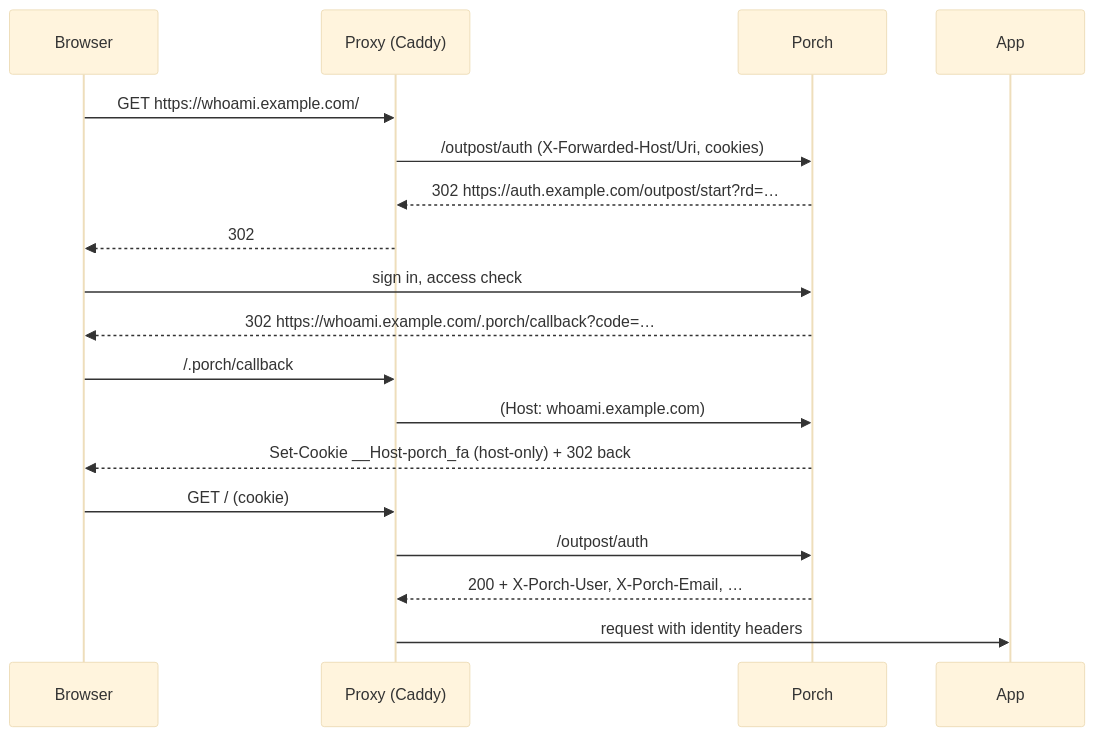
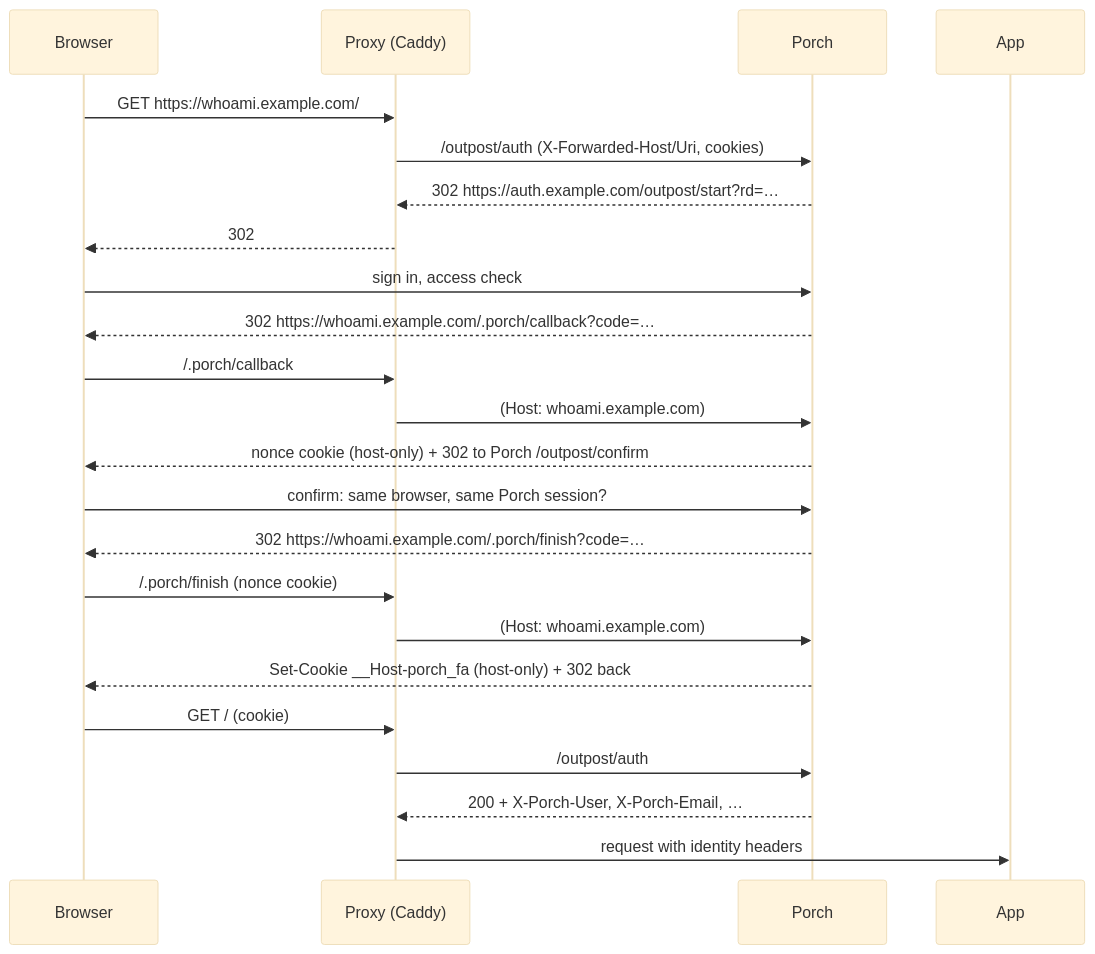
The diagram in site/operators/forward-auth.md (aurimasniekis/go-porch), drawn with Mermaid (base theme) before and after one commit. The commit also changed other lines of this file and 50 other files, not shown here.

````diff
--- a/site/operators/forward-auth.md
+++ b/site/operators/forward-auth.md
@@ -6,20 +6,25 @@
 ```mermaid
 sequenceDiagram
   participant B as Browser
   participant C as Proxy (Caddy)
   participant P as Porch
   participant W as App
   B->>C: GET https://whoami.example.com/
   C->>P: /outpost/auth (X-Forwarded-Host/Uri, cookies)
   P-->>C: 302 https://auth.example.com/outpost/start?rd=…
   C-->>B: 302
   B->>P: sign in, access check
   P-->>B: 302 https://whoami.example.com/.porch/callback?code=…
   B->>C: /.porch/callback
   C->>P: (Host: whoami.example.com)
+  P-->>B: nonce cookie (host-only) + 302 to Porch /outpost/confirm
+  B->>P: confirm: same browser, same Porch session?
+  P-->>B: 302 https://whoami.example.com/.porch/finish?code=…
+  B->>C: /.porch/finish (nonce cookie)
+  C->>P: (Host: whoami.example.com)
   P-->>B: Set-Cookie __Host-porch_fa (host-only) + 302 back
   B->>C: GET / (cookie)
   C->>P: /outpost/auth
   P-->>C: 200 + X-Porch-User, X-Porch-Email, …
   C->>W: request with identity headers
 ```
````
